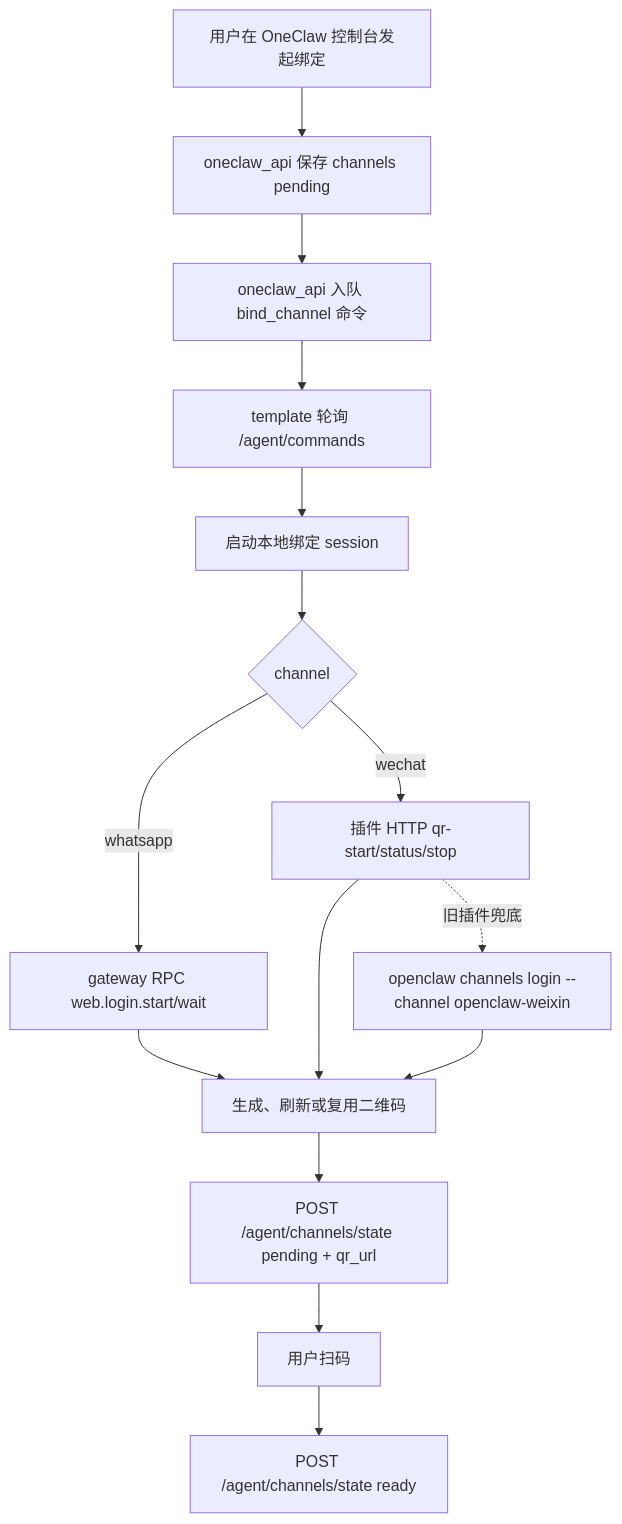
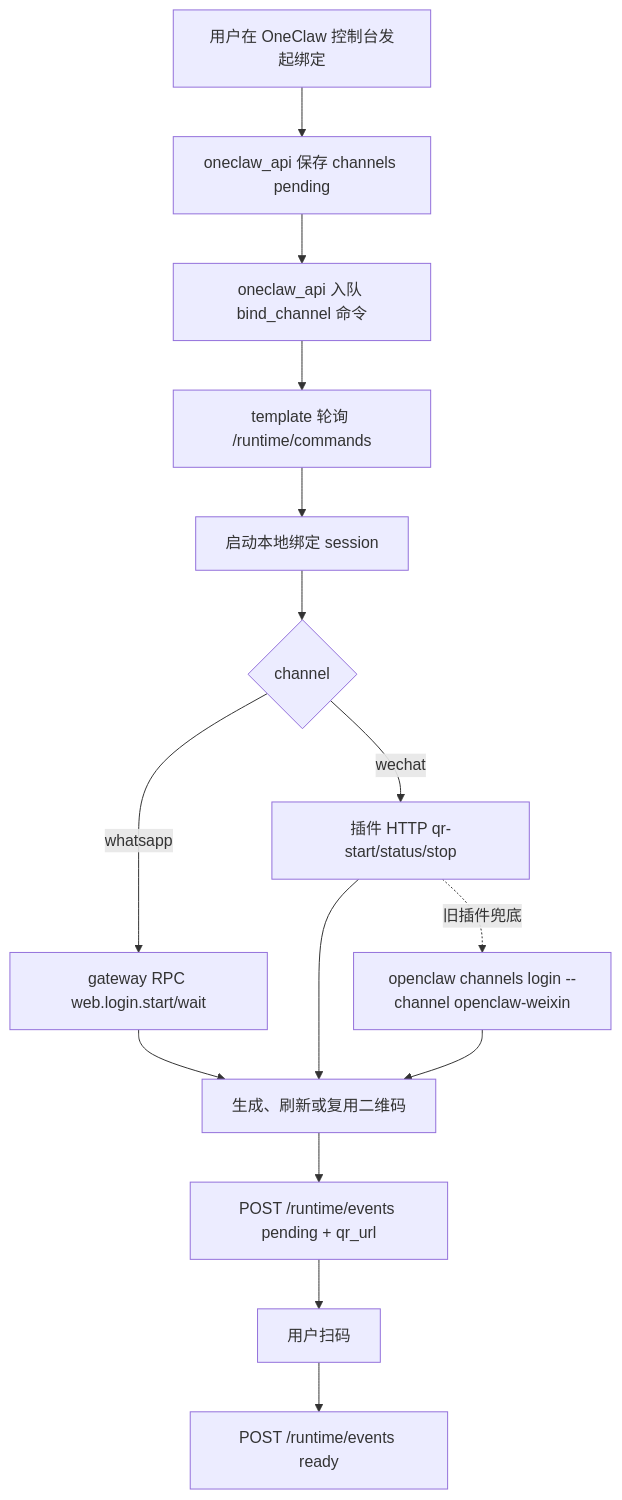
One commit to runtopia/openclaw-template changed the second of 8 diagrams in docs/business-logic.md. Above: the diagram before and after it, drawn with Mermaid. The commit also changed other lines of this file and 4 other files, not shown here.

````diff
--- a/docs/business-logic.md
+++ b/docs/business-logic.md
@@ -312,17 +312,17 @@
 ```mermaid
 flowchart TD
     A["用户在 OneClaw 控制台发起绑定"] --> B["oneclaw_api 保存 channels pending"]
     B --> C["oneclaw_api 入队 bind_channel 命令"]
-    C --> D["template 轮询 /agent/commands"]
+    C --> D["template 轮询 /runtime/commands"]
     D --> E["启动本地绑定 session"]
     E --> F{"channel"}
     F -- "whatsapp" --> G["gateway RPC web.login.start/wait"]
     F -- "wechat" --> H["插件 HTTP qr-start/status/stop"]
     H -. "旧插件兜底" .-> M["openclaw channels login --channel openclaw-weixin"]
     G --> I["生成、刷新或复用二维码"]
     H --> I
     M --> I
-    I --> J["POST /agent/channels/state pending + qr_url"]
+    I --> J["POST /runtime/events pending + qr_url"]
     J --> K["用户扫码"]
-    K --> L["POST /agent/channels/state ready"]
+    K --> L["POST /runtime/events ready"]
 ```
````
